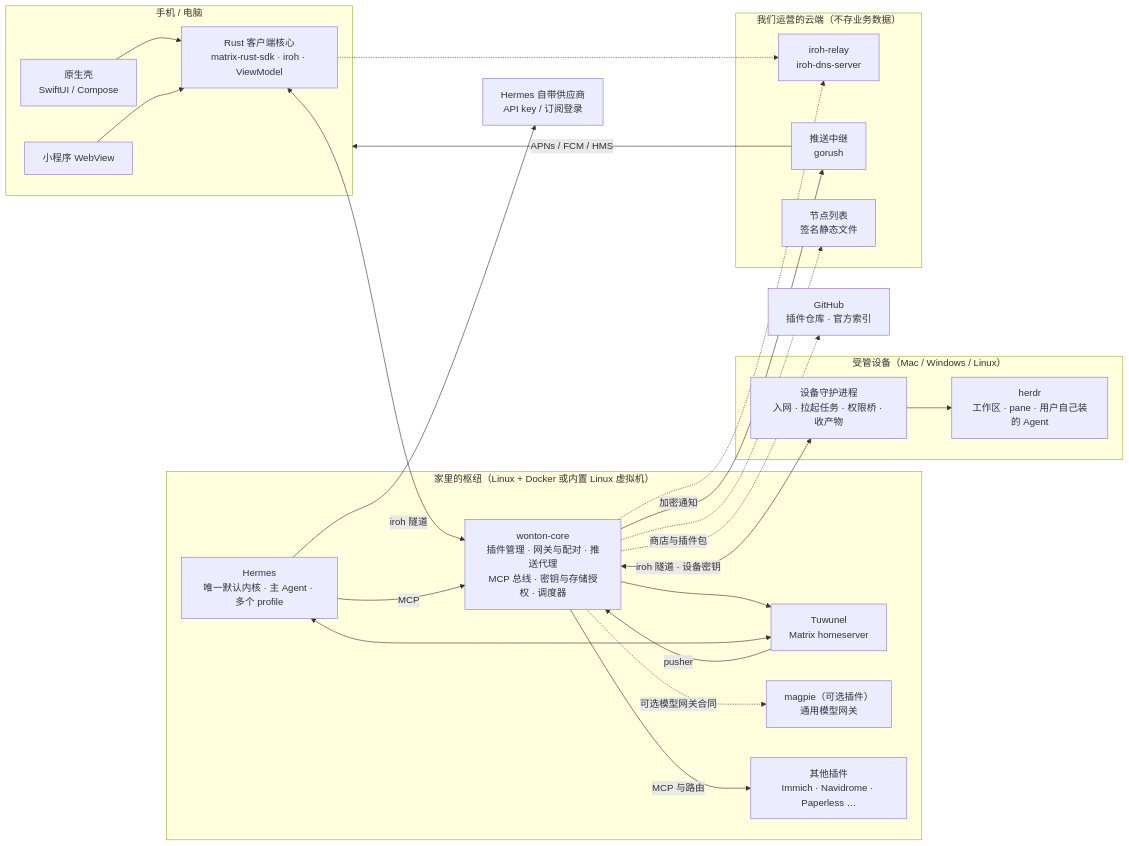
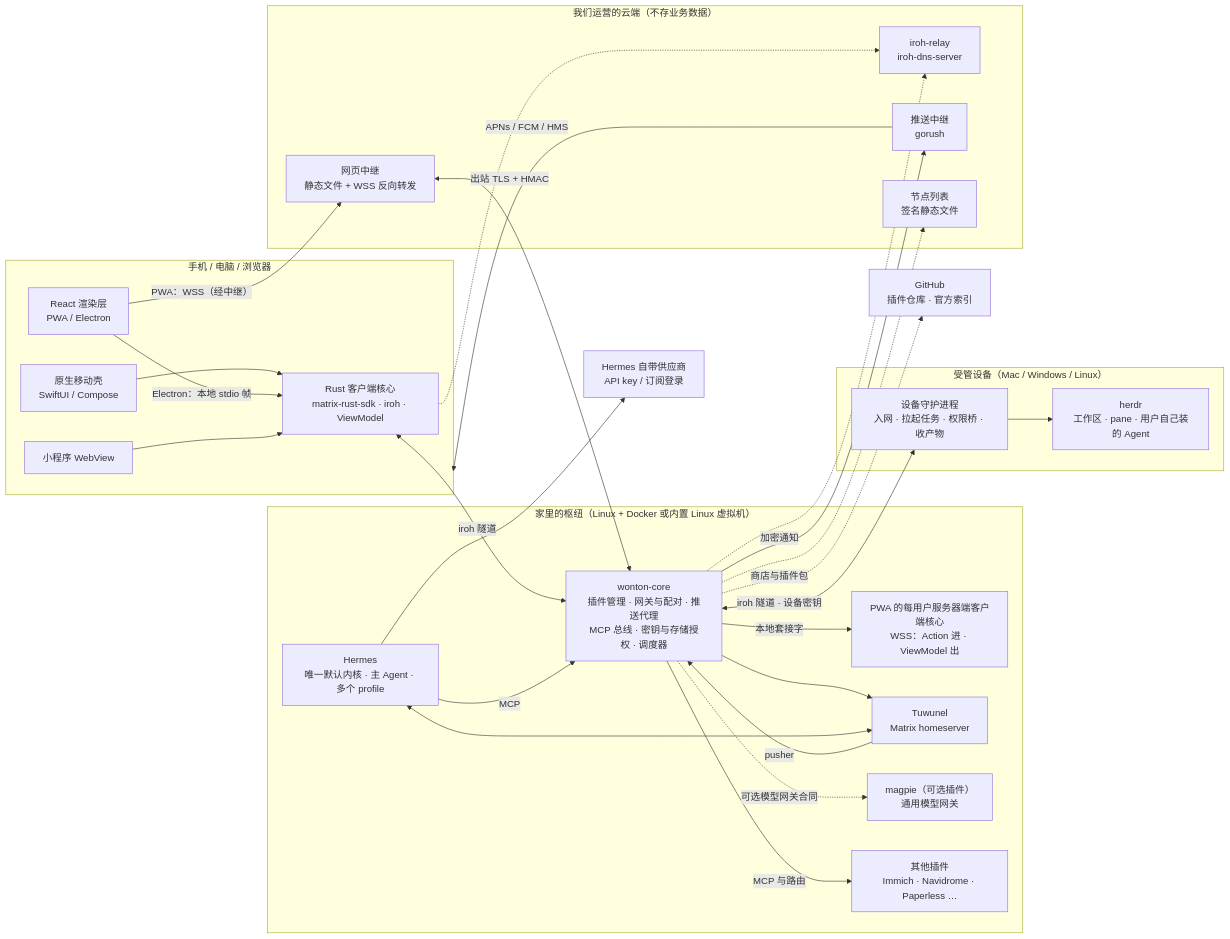
One commit to wontonapp/wonton changed the diagram in docs/ARCHITECTURE.md. Above: the diagram before and after it, drawn with Mermaid. The commit also changed other lines of this file and 16 other files, not shown here.

First line of the commit message:
docs(adr): 客户端渲染层统一 React，PWA 先做、Electron 后做

````diff
--- a/docs/ARCHITECTURE.md
+++ b/docs/ARCHITECTURE.md
@@ -13,49 +15,56 @@
 ```mermaid
 flowchart LR
-  subgraph Client["手机 / 电脑"]
-    Shell["原生壳\nSwiftUI / Compose"]
+  subgraph Client["手机 / 电脑 / 浏览器"]
+    Shell["原生移动壳\nSwiftUI / Compose"]
+    React["React 渲染层\nPWA / Electron"]
     ClientCore["Rust 客户端核心\nmatrix-rust-sdk · iroh · ViewModel"]
     WebView["小程序 WebView"]
     Shell --> ClientCore
+    React -->|"Electron：本地 stdio 帧"| ClientCore
     WebView --> ClientCore
   end
 
   subgraph Home["家里的枢纽（Linux + Docker 或内置 Linux 虚拟机）"]
     Core["wonton-core\n插件管理 · 网关与配对 · 推送代理\nMCP 总线 · 密钥与存储授权 · 调度器"]
+    WebSession["PWA 的每用户服务器端客户端核心\nWSS：Action 进 · ViewModel 出"]
     Tuwunel["Tuwunel\nMatrix homeserver"]
     Agent["Hermes\n唯一默认内核 · 主 Agent · 多个 profile"]
     Magpie["magpie（可选插件）\n通用模型网关"]
     Plugins["其他插件\nImmich · Navidrome · Paperless …"]
   end
 
   subgraph Devices["受管设备（Mac / Windows / Linux）"]
     DeviceAgent["设备守护进程\n入网 · 拉起任务 · 权限桥 · 收产物"]
     Herdr["herdr\n工作区 · pane · 用户自己装的 Agent"]
     DeviceAgent --> Herdr
   end
 
   subgraph Cloud["我们运营的云端（不存业务数据）"]
     Relay["iroh-relay\niroh-dns-server"]
+    WebRelay["网页中继\n静态文件 + WSS 反向转发"]
     PushRelay["推送中继\ngorush"]
     Catalog["节点列表\n签名静态文件"]
   end
 
   GitHub["GitHub\n插件仓库 · 官方索引"]
   Providers["Hermes 自带供应商\nAPI key / 订阅登录"]
 
   ClientCore <-->|"iroh 隧道"| Core
   Core <-->|"iroh 隧道 · 设备密钥"| DeviceAgent
+  React -->|"PWA：WSS（经中继）"| WebRelay
+  WebRelay <-->|"出站 TLS + HMAC"| Core
+  Core -->|"本地套接字"| WebSession
   Core --> Tuwunel
   Agent <--> Tuwunel
   Agent --> Providers
   Agent -->|"MCP"| Core
   Core -->|"MCP 与路由"| Plugins
   Core -.->|"可选模型网关合同"| Magpie
   Tuwunel -->|"pusher"| Core
   Core -->|"加密通知"| PushRelay
   PushRelay -->|"APNs / FCM / HMS"| Client
   Core -.-> Relay
   ClientCore -.-> Relay
   Core -.-> Catalog
   Core -.->|"商店与插件包"| GitHub
 ```
````
